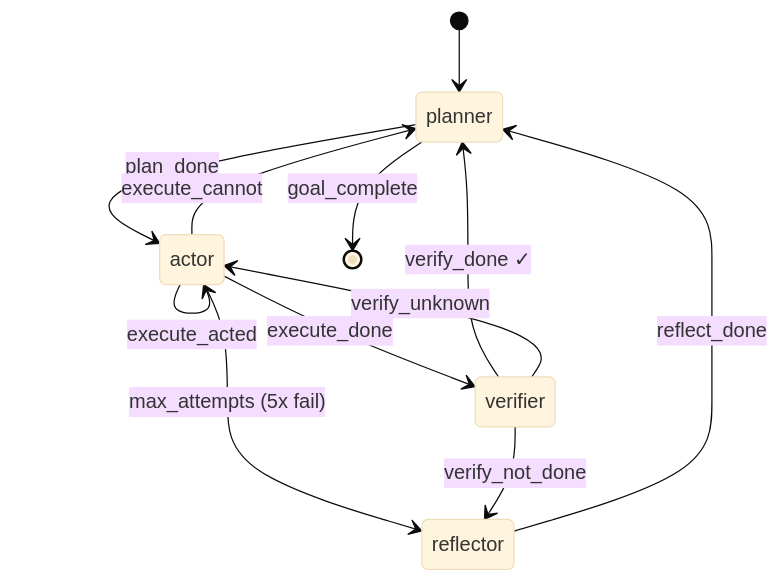
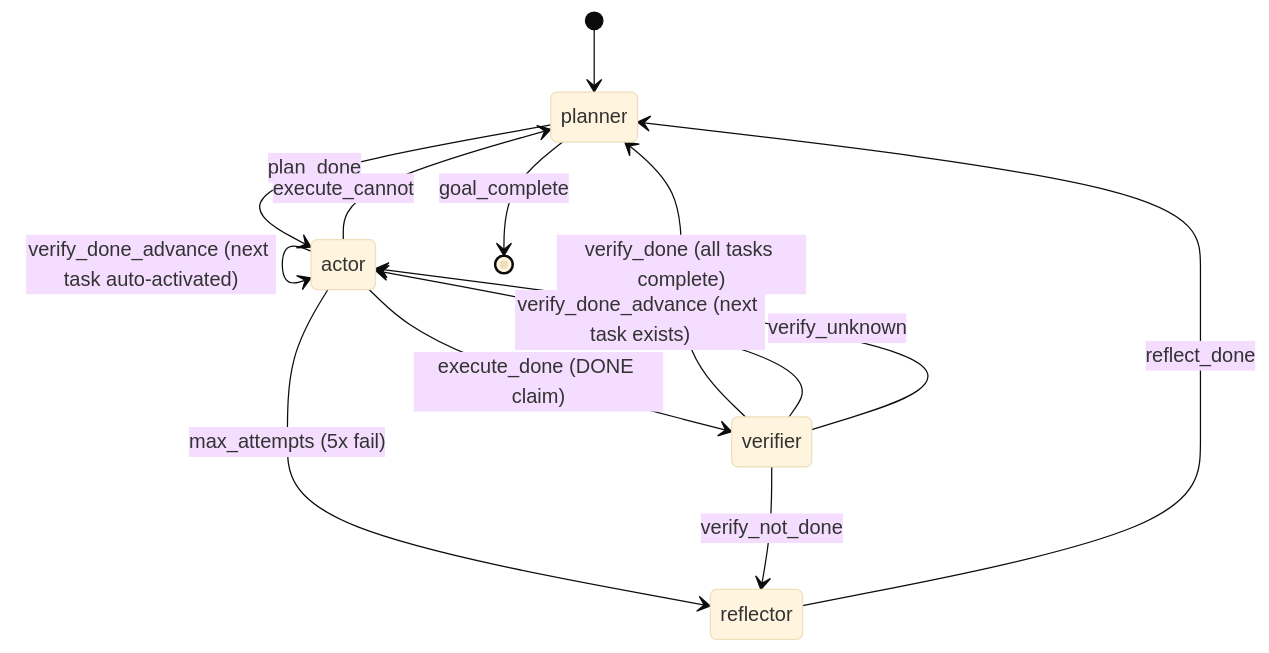
Before and after one commit to wgabrys88/endgame-ai: the second of 2 diagrams in README.md, drawn with Mermaid (base theme). The commit also changed other lines of this file, not shown here.

First line of the commit message:
docs: comprehensive README with session methodology and self-evolution architecture

````diff
--- a/README.md
+++ b/README.md
@@ -14,14 +136,16 @@
 ```mermaid
 stateDiagram-v2
     [*] --> planner
     planner --> actor : plan_done
     actor --> actor : execute_acted
-    actor --> verifier : execute_done
+    actor --> verifier : execute_done (DONE claim)
+    actor --> actor : verify_done_advance (next task auto-activated)
     actor --> planner : execute_cannot
     actor --> reflector : max_attempts (5x fail)
-    verifier --> planner : verify_done ✓
+    verifier --> planner : verify_done (all tasks complete)
+    verifier --> actor : verify_done_advance (next task exists)
     verifier --> reflector : verify_not_done
     verifier --> actor : verify_unknown
     reflector --> planner : reflect_done
     planner --> [*] : goal_complete
 ```
````
